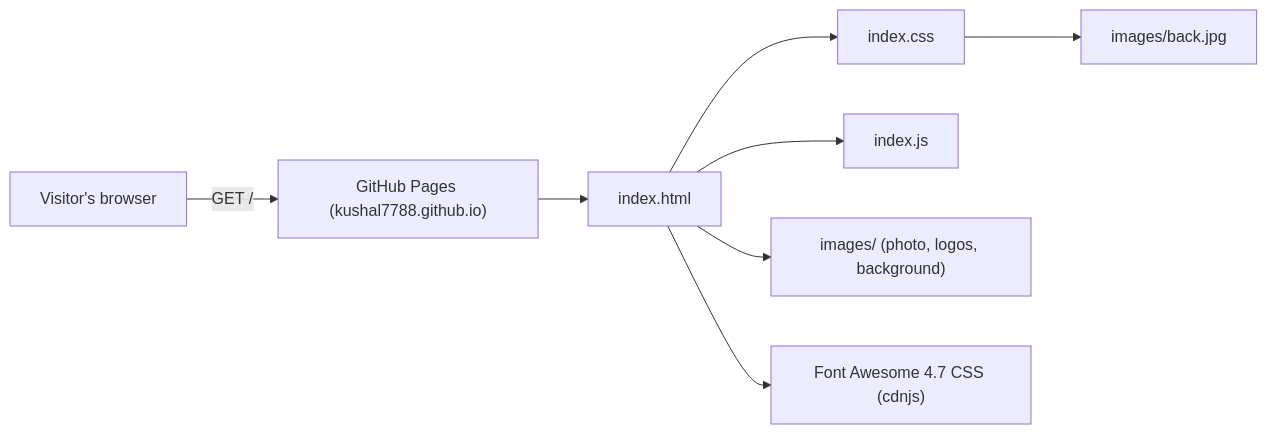
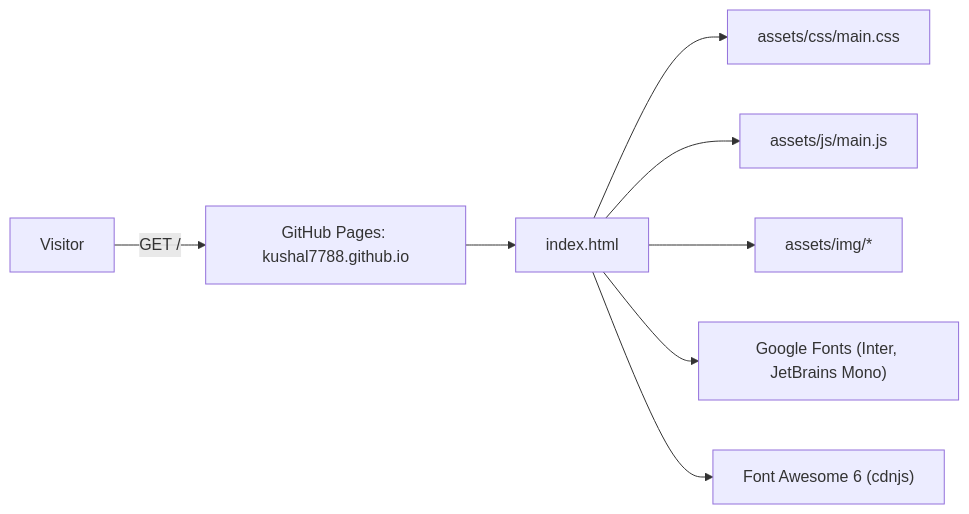
Before and after one commit to Kushal7788/Kushal7788.github.io: the diagram in README.md, drawn with Mermaid. The commit also changed other lines of this file and 12 other files, not shown here.

````diff
--- a/README.md
+++ b/README.md
@@ -30,10 +34,10 @@
 ```mermaid
 flowchart LR
-    Browser["Visitor's browser"] -->|"GET /"| Pages["GitHub Pages (kushal7788.github.io)"]
-    Pages --> HTML["index.html"]
-    HTML --> CSS["index.css"]
-    HTML --> JS["index.js"]
-    HTML --> IMG["images/ (photo, logos, background)"]
-    HTML --> FA["Font Awesome 4.7 CSS (cdnjs)"]
-    CSS --> BG["images/back.jpg"]
+    V["Visitor"] -->|"GET /"| P["GitHub Pages: kushal7788.github.io"]
+    P --> H["index.html"]
+    H --> C["assets/css/main.css"]
+    H --> J["assets/js/main.js"]
+    H --> I["assets/img/*"]
+    H --> F["Google Fonts (Inter, JetBrains Mono)"]
+    H --> A["Font Awesome 6 (cdnjs)"]
 ```
````
